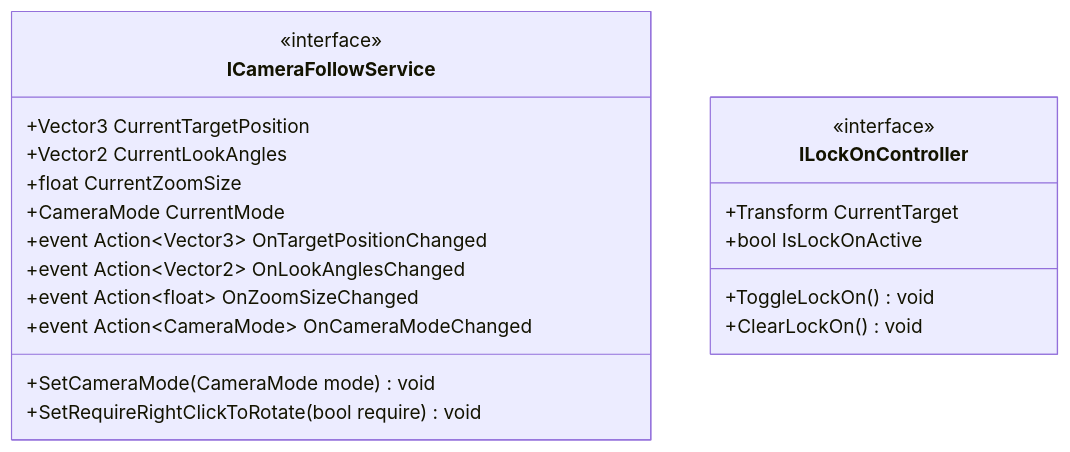
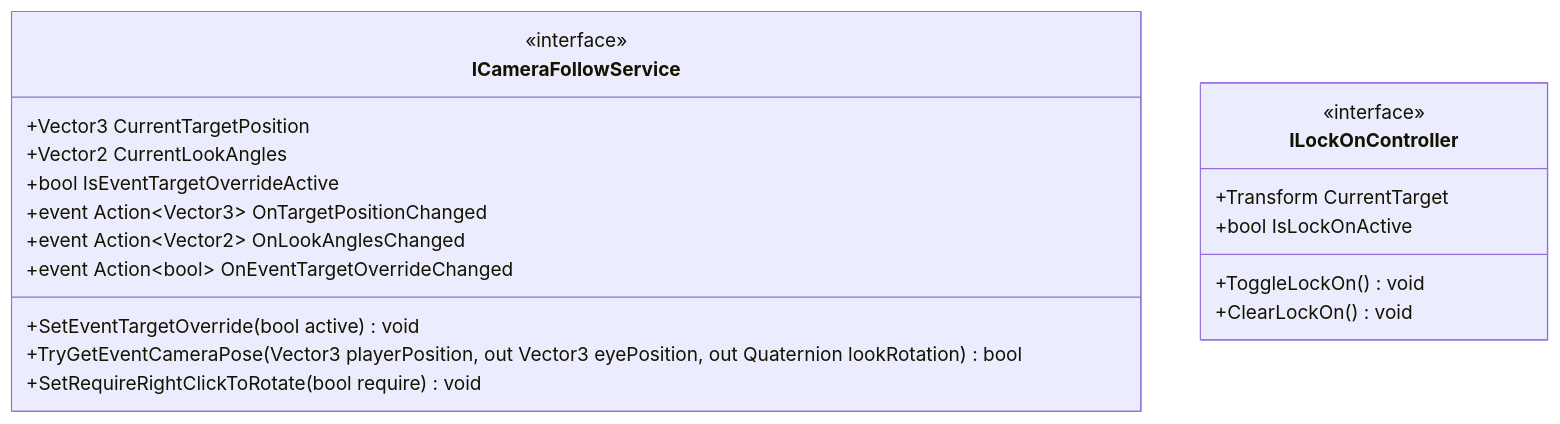
One commit to WhiteAppleKo/UnitMagician changed the third of 3 diagrams in Assets/00.Document/98.System/02.Locomotion_CameraSystem.md. Above: the diagram before and after it, drawn with Mermaid. The commit also changed other lines of this file and 393 other files, not shown here.

````diff
--- a/Assets/00.Document/98.System/02.Locomotion_CameraSystem.md
+++ b/Assets/00.Document/98.System/02.Locomotion_CameraSystem.md
@@ -80,24 +94,23 @@
 ```mermaid
 classDiagram
     class ICameraFollowService {
         <<interface>>
         +Vector3 CurrentTargetPosition
         +Vector2 CurrentLookAngles
-        +float CurrentZoomSize
-        +CameraMode CurrentMode
+        +bool IsEventTargetOverrideActive
         +event Action~Vector3~ OnTargetPositionChanged
         +event Action~Vector2~ OnLookAnglesChanged
-        +event Action~float~ OnZoomSizeChanged
-        +event Action~CameraMode~ OnCameraModeChanged
-        +SetCameraMode(CameraMode mode) void
+        +event Action~bool~ OnEventTargetOverrideChanged
+        +SetEventTargetOverride(bool active) void
+        +TryGetEventCameraPose(Vector3 playerPosition, out Vector3 eyePosition, out Quaternion lookRotation) bool
         +SetRequireRightClickToRotate(bool require) void
     }
 
     class ILockOnController {
         <<interface>>
         +Transform CurrentTarget
         +bool IsLockOnActive
         +ToggleLockOn() void
         +ClearLockOn() void
     }
 ```
````
